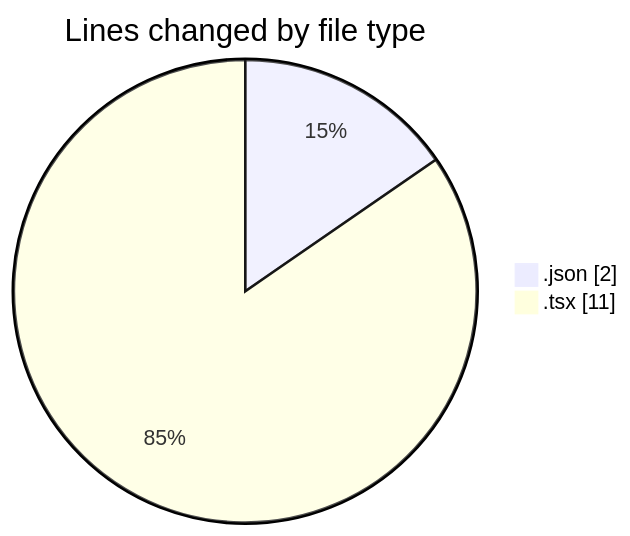
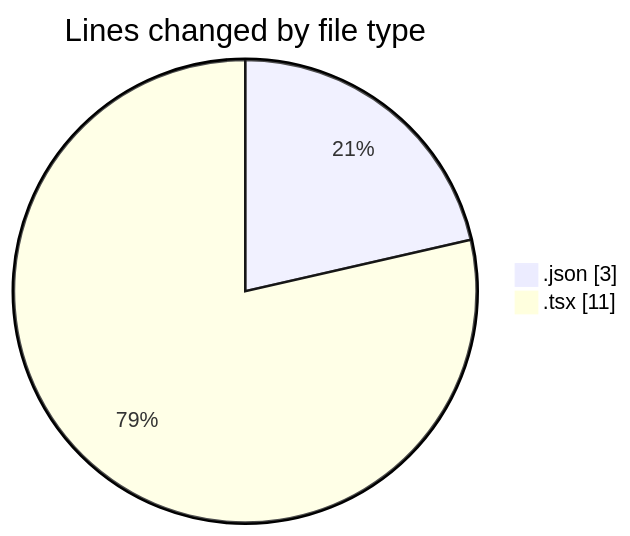
One commit to Elitesun/code-tracking changed the first of 2 diagrams in 2025-05-01/niten/README.md. Above: the diagram before and after it, drawn with Mermaid. The commit also changed other lines of this file and 1 other file, not shown here.

````diff
--- a/2025-05-01/niten/README.md
+++ b/2025-05-01/niten/README.md
@@ -21,6 +21,6 @@
 ```mermaid
 pie showData
 title Lines changed by file type
-".json" : 2
+".json" : 3
 ".tsx" : 11
 ```
````
